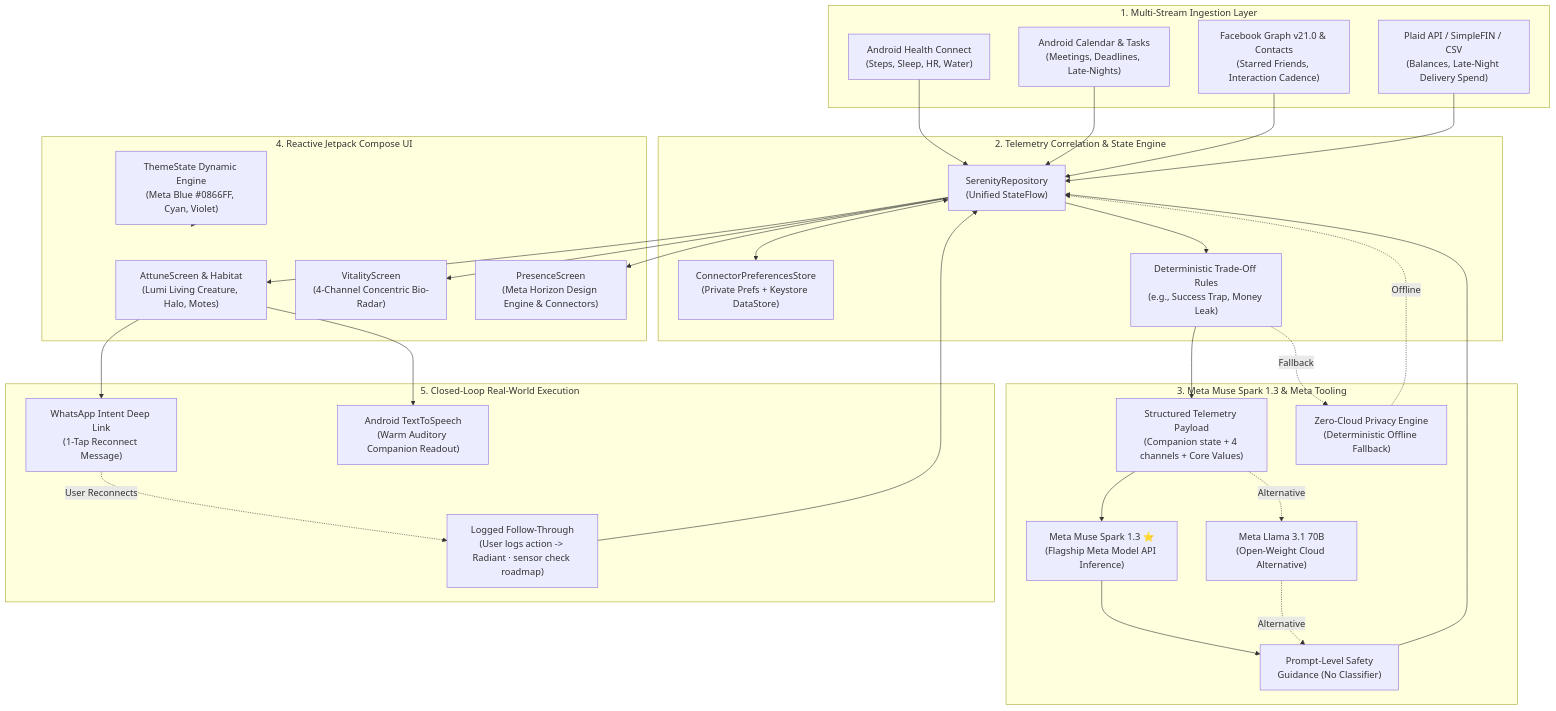
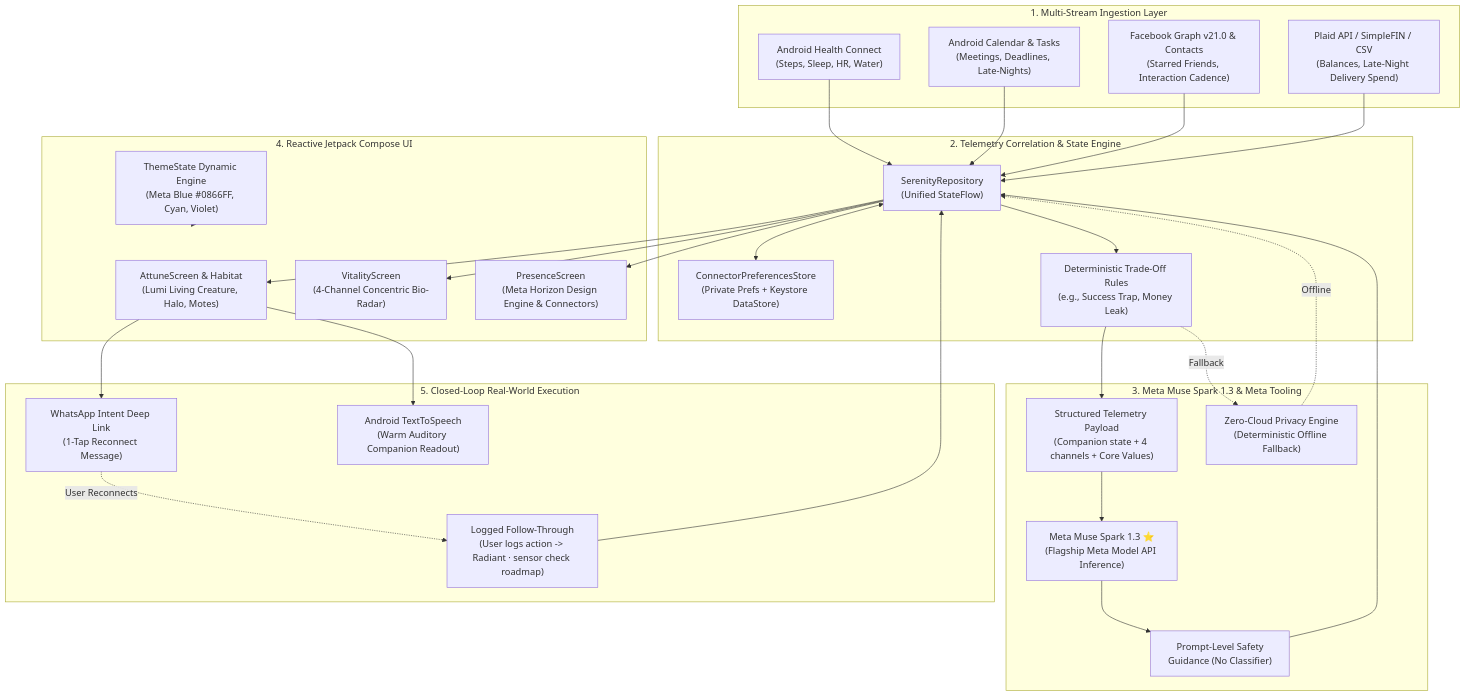
Before and after one commit to ashrafi/LifeSOS: the first of 2 diagrams in README.md, drawn with Mermaid. The commit also changed other lines of this file and 10 other files, not shown here.

````diff
--- a/README.md
+++ b/README.md
@@ -112,62 +112,59 @@
 ```mermaid
 flowchart TD
     subgraph DataSources["1. Multi-Stream Ingestion Layer"]
         HC["Android Health Connect<br/>(Steps, Sleep, HR, Water)"]
         CAL["Android Calendar & Tasks<br/>(Meetings, Deadlines, Late-Nights)"]
         SOC["Facebook Graph v21.0 & Contacts<br/>(Starred Friends, Interaction Cadence)"]
         FIN["Plaid API / SimpleFIN / CSV<br/>(Balances, Late-Night Delivery Spend)"]
     end
 
     subgraph CoreEngine["2. Telemetry Correlation & State Engine"]
         REPO["SerenityRepository<br/>(Unified StateFlow)"]
         STORE["ConnectorPreferencesStore<br/>(Private Prefs + Keystore DataStore)"]
         RULES["Deterministic Trade-Off Rules<br/>(e.g., Success Trap, Money Leak)"]
     end
 
     subgraph MetaIntelligence["3. Meta Muse Spark 1.3 & Meta Tooling"]
         PROMPT["Structured Telemetry Payload<br/>(Companion state + 4 channels + Core Values)"]
         SPARK["Meta Muse Spark 1.3 ⭐<br/>(Flagship Meta Model API Inference)"]
-        LLAMA["Meta Llama 3.1 70B<br/>(Open-Weight Cloud Alternative)"]
         SAFETY["Prompt-Level Safety<br/>Guidance (No Classifier)"]
         LOCAL["Zero-Cloud Privacy Engine<br/>(Deterministic Offline Fallback)"]
     end
 
     subgraph UIExperience["4. Reactive Jetpack Compose UI"]
         HABITAT["AttuneScreen & Habitat<br/>(Lumi Living Creature, Halo, Motes)"]
         RADAR["VitalityScreen<br/>(4-Channel Concentric Bio-Radar)"]
         SETTINGS["PresenceScreen<br/>(Meta Horizon Design Engine & Connectors)"]
         THEME["ThemeState Dynamic Engine<br/>(Meta Blue #0866FF, Cyan, Violet)"]
     end
 
     subgraph Actions["5. Closed-Loop Real-World Execution"]
         WA["WhatsApp Intent Deep Link<br/>(1-Tap Reconnect Message)"]
         VOICE["Android TextToSpeech<br/>(Warm Auditory Companion Readout)"]
         VERIFY["Logged Follow-Through<br/>(User logs action -> Radiant · sensor check roadmap)"]
     end
 
     HC --> REPO
     CAL --> REPO
     SOC --> REPO
     FIN --> REPO
     REPO <--> STORE
     REPO --> RULES
 
     RULES --> PROMPT
     PROMPT --> SPARK
     SPARK --> SAFETY
     SAFETY --> REPO
-    PROMPT -. Alternative .-> LLAMA
-    LLAMA -. Alternative .-> SAFETY
     RULES -. Fallback .-> LOCAL
     LOCAL -. Offline .-> REPO
 
     REPO --> HABITAT
     REPO --> RADAR
     REPO --> SETTINGS
     THEME --> UIExperience
 
     HABITAT --> WA
     HABITAT --> VOICE
     WA -. User Reconnects .-> VERIFY
     VERIFY --> REPO
 ```
````
